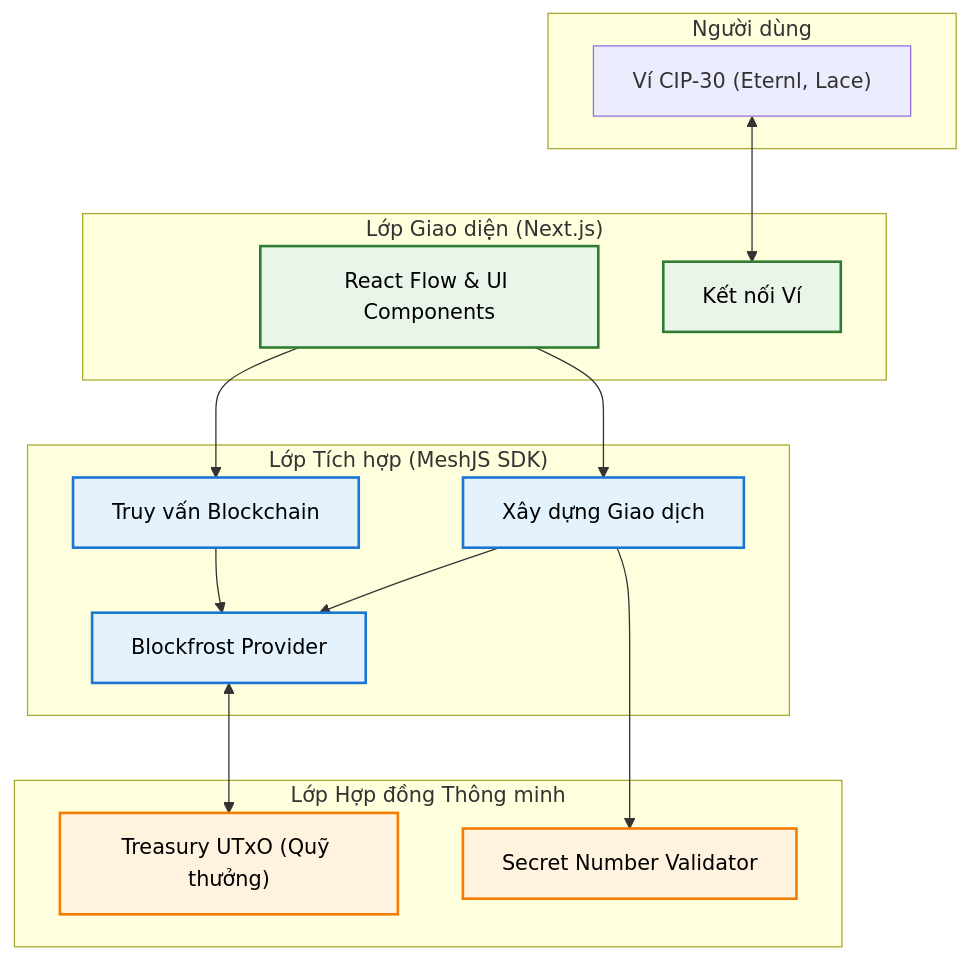
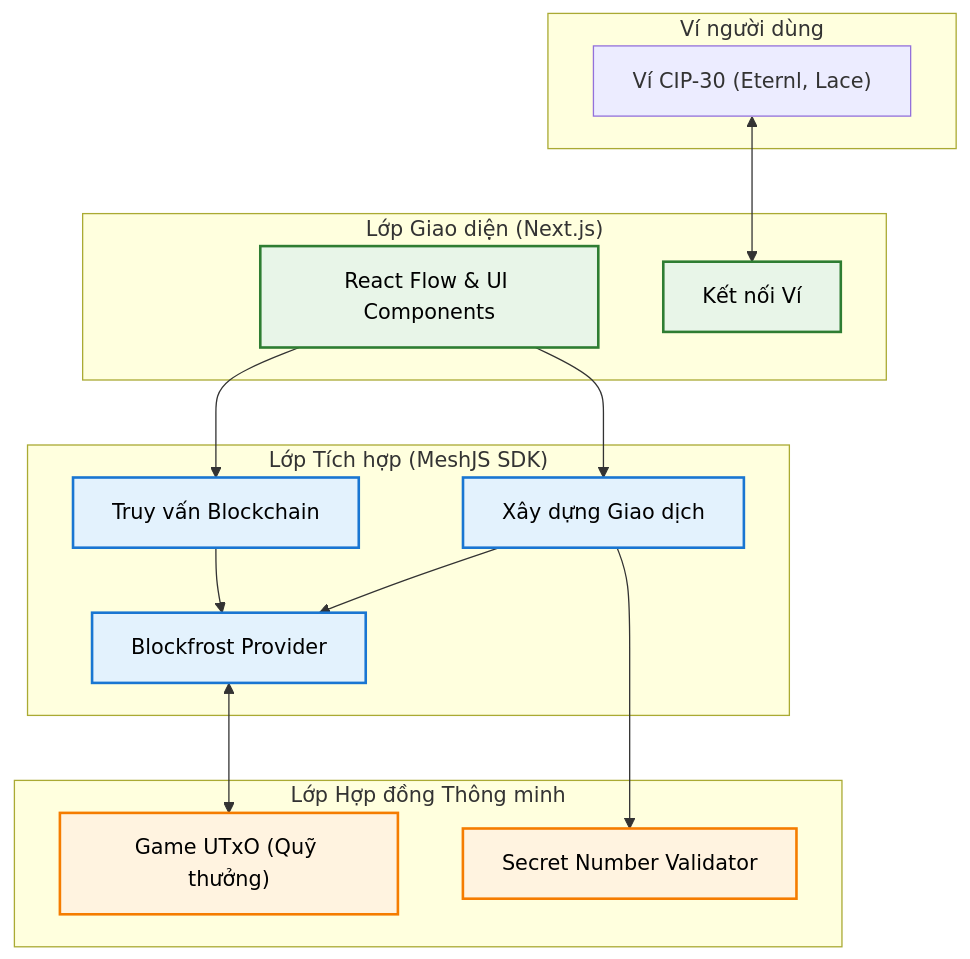
The diagram in secret-number/docs/architecture.md (cardano2vn/Aiken-Course-2026), drawn with Mermaid before and after one commit. The commit also changed 23 other files, not shown here.

````diff
--- a/secret-number/docs/architecture.md
+++ b/secret-number/docs/architecture.md
@@ -7,34 +7,34 @@
 ```mermaid
 graph TD
     classDef frontend fill:#e8f5e8,stroke:#2e7d32,stroke-width:2px,color:#000;
     classDef offchain fill:#e3f2fd,stroke:#1976d2,stroke-width:2px,color:#000;
     classDef onchain fill:#fff3e0,stroke:#f57c00,stroke-width:2px,color:#000;
 
-    subgraph User["Người dùng"]
+    subgraph User["Ví người dùng"]
         Browser["Ví CIP-30 (Eternl, Lace)"]
     end
 
     subgraph Frontend["Lớp Giao diện (Next.js)"]
         UI["React Flow & UI Components"]:::frontend
         WalletConn["Kết nối Ví"]:::frontend
     end
 
     subgraph Offchain["Lớp Tích hợp (MeshJS SDK)"]
         Query["Truy vấn Blockchain"]:::offchain
         TxBuilder["Xây dựng Giao dịch"]:::offchain
         Provider["Blockfrost Provider"]:::offchain
     end
 
     subgraph Onchain["Lớp Hợp đồng Thông minh"]
         Validator["Secret Number Validator"]:::onchain
-        Treasury["Treasury UTxO (Quỹ thưởng)"]:::onchain
+        Treasury["Game UTxO (Quỹ thưởng)"]:::onchain
     end
 
     Browser <--> WalletConn
     UI --> Query
     UI --> TxBuilder
     Query --> Provider
     TxBuilder --> Provider
     Provider <--> Treasury
     TxBuilder --> Validator
 ```
````
